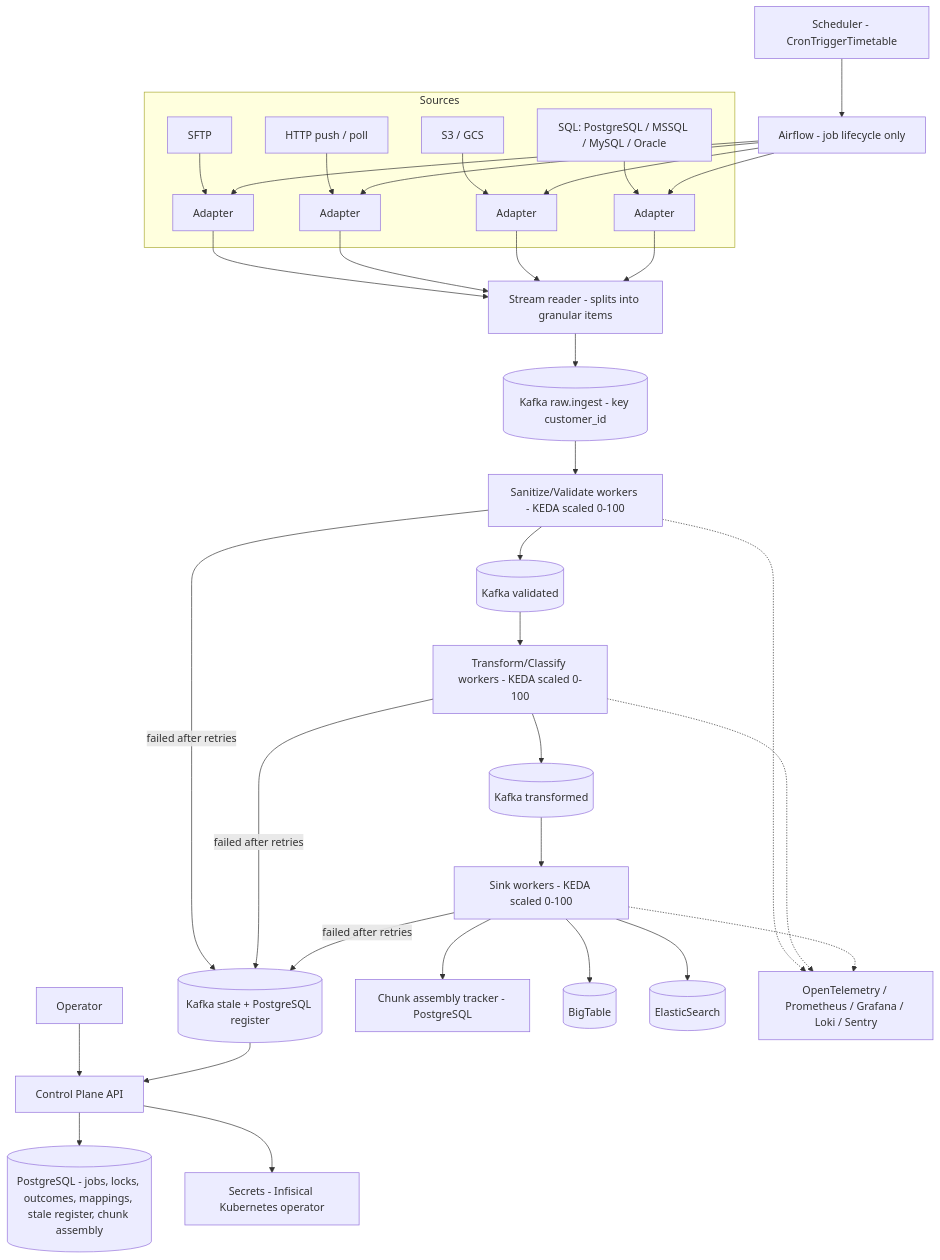
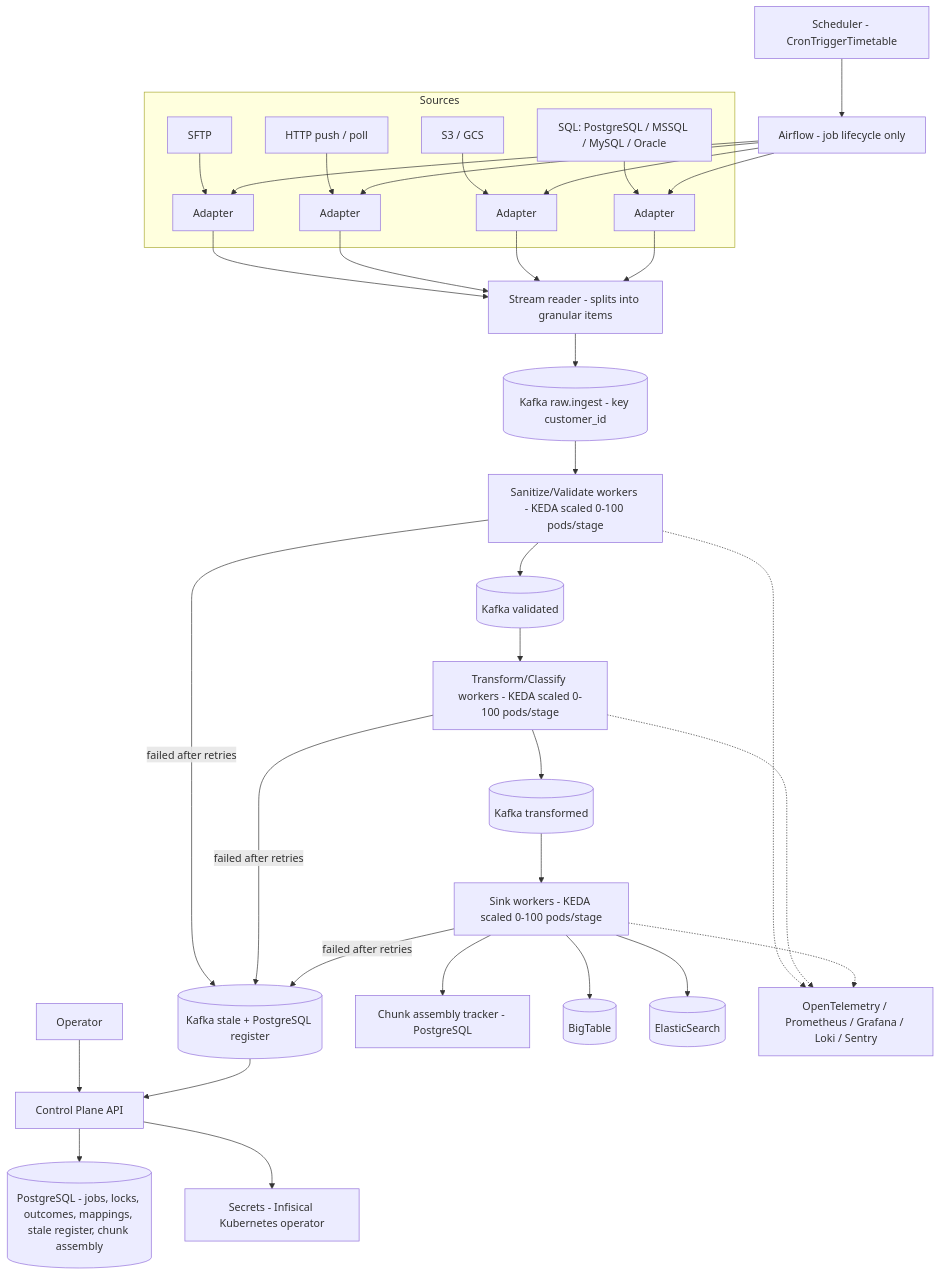
One commit to ondrej-ivanko/ingestion_pipeline changed the first of 3 diagrams in ingestion-pipeline-clean.md. Above: the diagram before and after it, drawn with Mermaid. The commit also changed other lines of this file, not shown here.

Commit message:
added diagram flow options

````diff
--- a/ingestion-pipeline-clean.md
+++ b/ingestion-pipeline-clean.md
@@ -11,37 +11,37 @@
 ```mermaid
 flowchart TB
     OP[Operator] --> CP[Control Plane API]
     SCH[Scheduler - CronTriggerTimetable] --> AF[Airflow - job lifecycle only]
     subgraph Sources[Sources]
         SFTP[SFTP] --> AD1[Adapter]
         HTTP[HTTP push / poll] --> AD2[Adapter]
         OBJ[S3 / GCS] --> AD3[Adapter]
         DB[SQL: PostgreSQL / MSSQL / MySQL / Oracle] --> AD4[Adapter]
     end
     AD1 --> SPLIT[Stream reader - splits into granular items]
     AD2 --> SPLIT
     AD3 --> SPLIT
     AD4 --> SPLIT
     SPLIT --> K1[(Kafka raw.ingest - key customer_id)]
     AF --> AD1
     AF --> AD2
     AF --> AD3
     AF --> AD4
-    K1 --> W1[Sanitize/Validate workers - KEDA scaled 0-100]
+    K1 --> W1[Sanitize/Validate workers - KEDA scaled 0-100 pods/stage]
     W1 --> K2[(Kafka validated)]
-    K2 --> W2[Transform/Classify workers - KEDA scaled 0-100]
+    K2 --> W2[Transform/Classify workers - KEDA scaled 0-100 pods/stage]
     W2 --> K3[(Kafka transformed)]
-    K3 --> W3[Sink workers - KEDA scaled 0-100]
+    K3 --> W3[Sink workers - KEDA scaled 0-100 pods/stage]
     W1 -->|failed after retries| ST[(Kafka stale + PostgreSQL register)]
     W2 -->|failed after retries| ST
     W3 -->|failed after retries| ST
     W3 --> ASSEMBLY[Chunk assembly tracker - PostgreSQL]
     W3 --> BT[(BigTable)]
     W3 --> ES[(ElasticSearch)]
     ST --> CP
     CP --> PG[(PostgreSQL - jobs, locks, outcomes, mappings, stale register, chunk assembly)]
     CP --> SEC[Secrets - Infisical Kubernetes operator]
     W1 -.-> OBS[OpenTelemetry / Prometheus / Grafana / Loki / Sentry]
     W2 -.-> OBS
     W3 -.-> OBS
 ```
````
